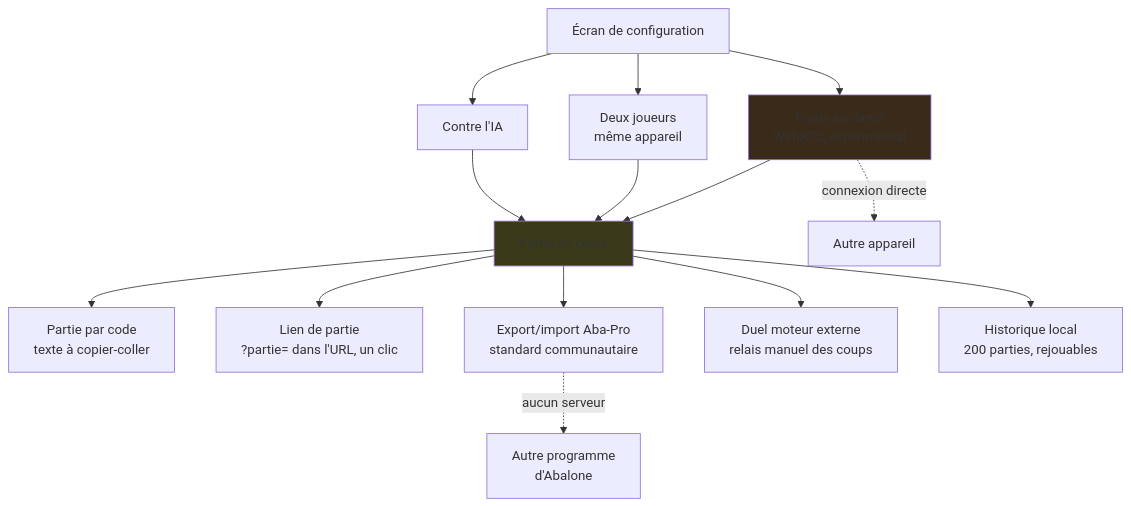
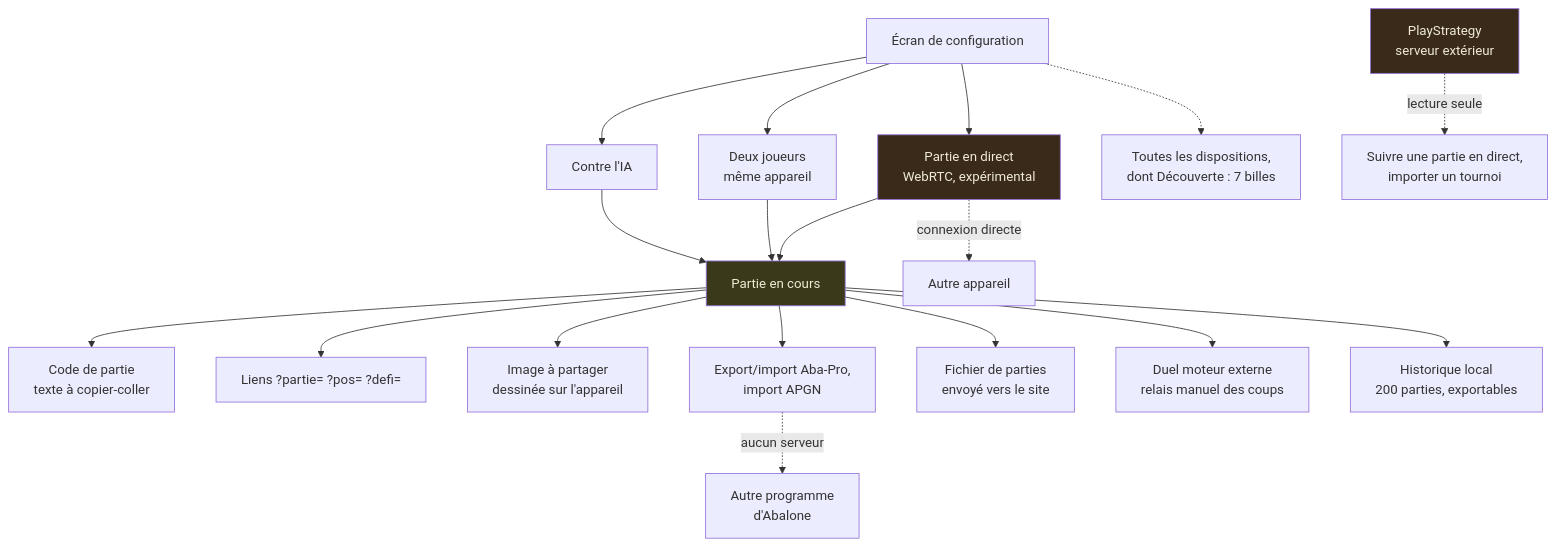
Before and after one commit to ocj94/Abalassembly: the third of 3 diagrams in docs-fr/Architecture.fr.md, drawn with Mermaid. The commit also changed other lines of this file and 17 other files, not shown here.

First line of the commit message:
v2.66 : la page Architecture remise a jour -- verifiee contre le code (elle datait de la v2.39), lisible sur telephone, en anglais

````diff
--- a/docs-fr/Architecture.fr.md
+++ b/docs-fr/Architecture.fr.md
@@ -78,22 +96,27 @@
 ```mermaid
 flowchart TD
     M[Écran de configuration] --> A1[Contre l'IA]
     M --> A2[Deux joueurs<br/>même appareil]
     M --> A3[Partie en direct<br/>WebRTC, expérimental]
+    M -.-> V[Toutes les dispositions,<br/>dont Découverte : 7 billes]
 
     A1 --> G[Partie en cours]
     A2 --> G
     A3 --> G
 
-    G --> X1[Partie par code<br/>texte à copier-coller]
-    G --> X1b[Lien de partie<br/>?partie= dans l'URL, un clic]
-    G --> X2[Export/import Aba-Pro<br/>standard communautaire]
+    G --> X1[Code de partie<br/>texte à copier-coller]
+    G --> X1b[Liens ?partie= ?pos= ?defi=]
+    G --> X1c[Image à partager<br/>dessinée sur l'appareil]
+    G --> X2[Export/import Aba-Pro,<br/>import APGN]
+    G --> X2b[Fichier de parties<br/>envoyé vers le site]
     G --> X3[Duel moteur externe<br/>relais manuel des coups]
-    G --> X4[Historique local<br/>200 parties, rejouables]
+    G --> X4[Historique local<br/>200 parties, exportables]
 
     X2 -.->|aucun serveur| EXT[Autre programme<br/>d'Abalone]
     A3 -.->|connexion directe| P2[Autre appareil]
+    PS[PlayStrategy<br/>serveur extérieur] -.->|lecture seule| G2[Suivre une partie en direct,<br/>importer un tournoi]
 
-    style G fill:#3a3a1a
-    style A3 fill:#3a2a1a
+    style G fill:#3a3a1a,color:#f0ead6
+    style A3 fill:#3a2a1a,color:#f0ead6
+    style PS fill:#3a2a1a,color:#f0ead6
 ```
````
